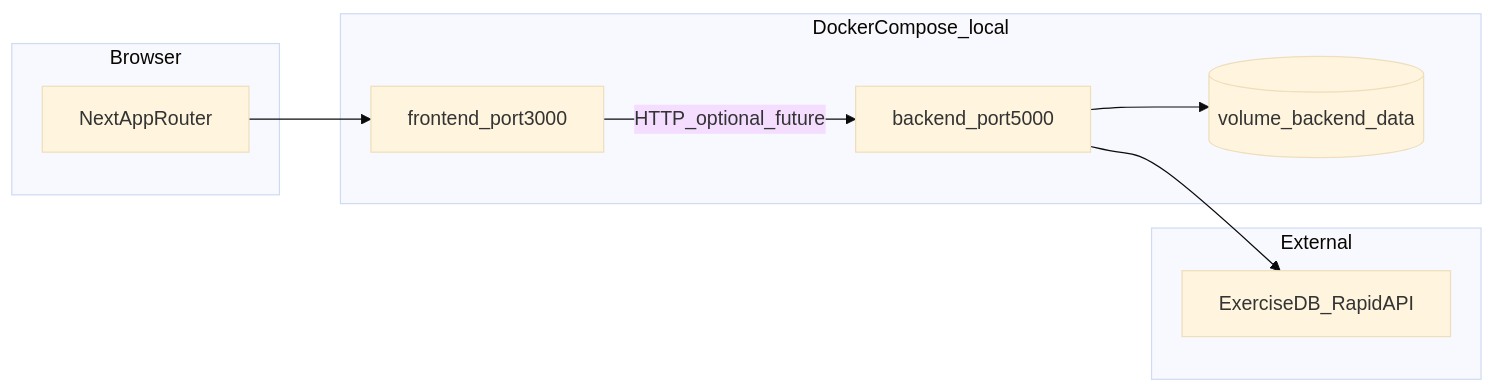
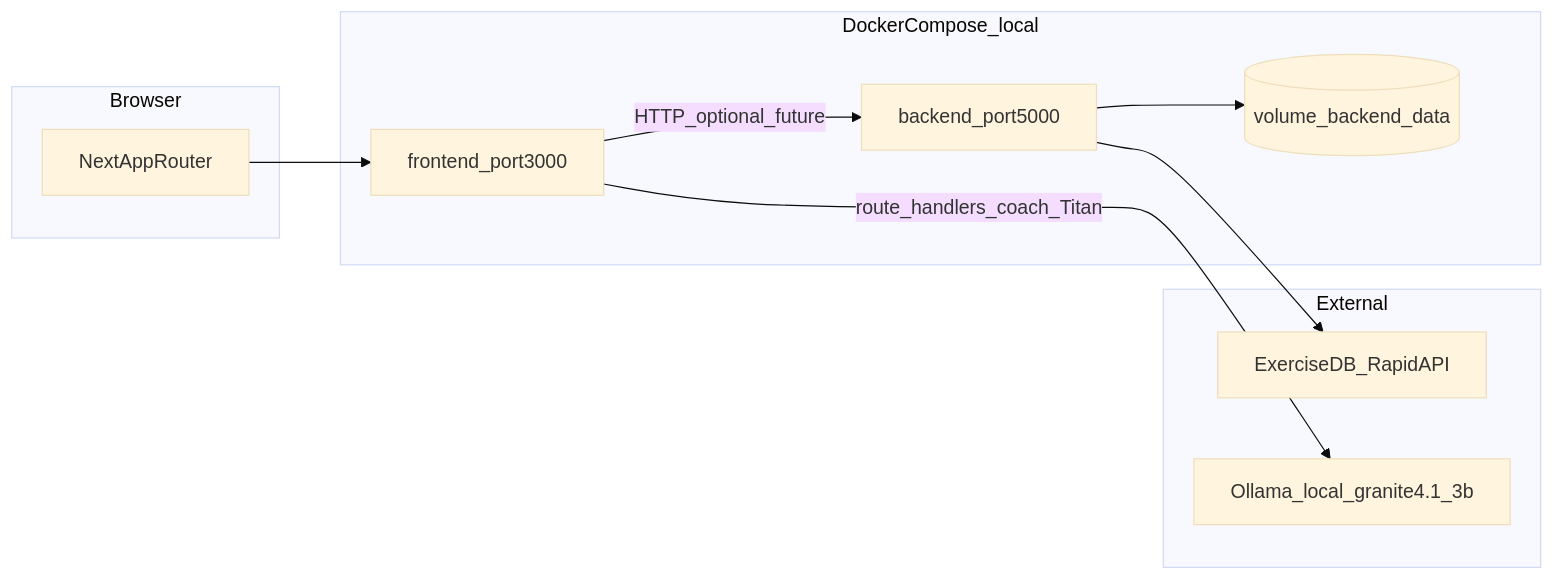
Before and after one commit to AlexanderDeMatteo/Ganardesdeadentro: the diagram in docs/PROJECT_CONTEXT.md, drawn with Mermaid (base theme). The commit also changed other lines of this file and 223 other files, not shown here.

First line of the commit message:
Integrar backend completo, panel de entrenador, nutrición y coach Titan.

````diff
--- a/docs/PROJECT_CONTEXT.md
+++ b/docs/PROJECT_CONTEXT.md
@@ -18,18 +20,20 @@
 ```mermaid
 flowchart LR
   subgraph client [Browser]
     NextApp[NextAppRouter]
   end
   subgraph docker [DockerCompose_local]
     FE[frontend_port3000]
     BE[backend_port5000]
     Vol[(volume_backend_data)]
   end
   subgraph external [External]
     ExerciseDB[ExerciseDB_RapidAPI]
+    Ollama[Ollama_local_granite4.1_3b]
   end
   NextApp --> FE
   FE -->|HTTP_optional_future| BE
+  FE -->|route_handlers_coach_Titan| Ollama
   BE --> Vol
   BE --> ExerciseDB
 ```
````
